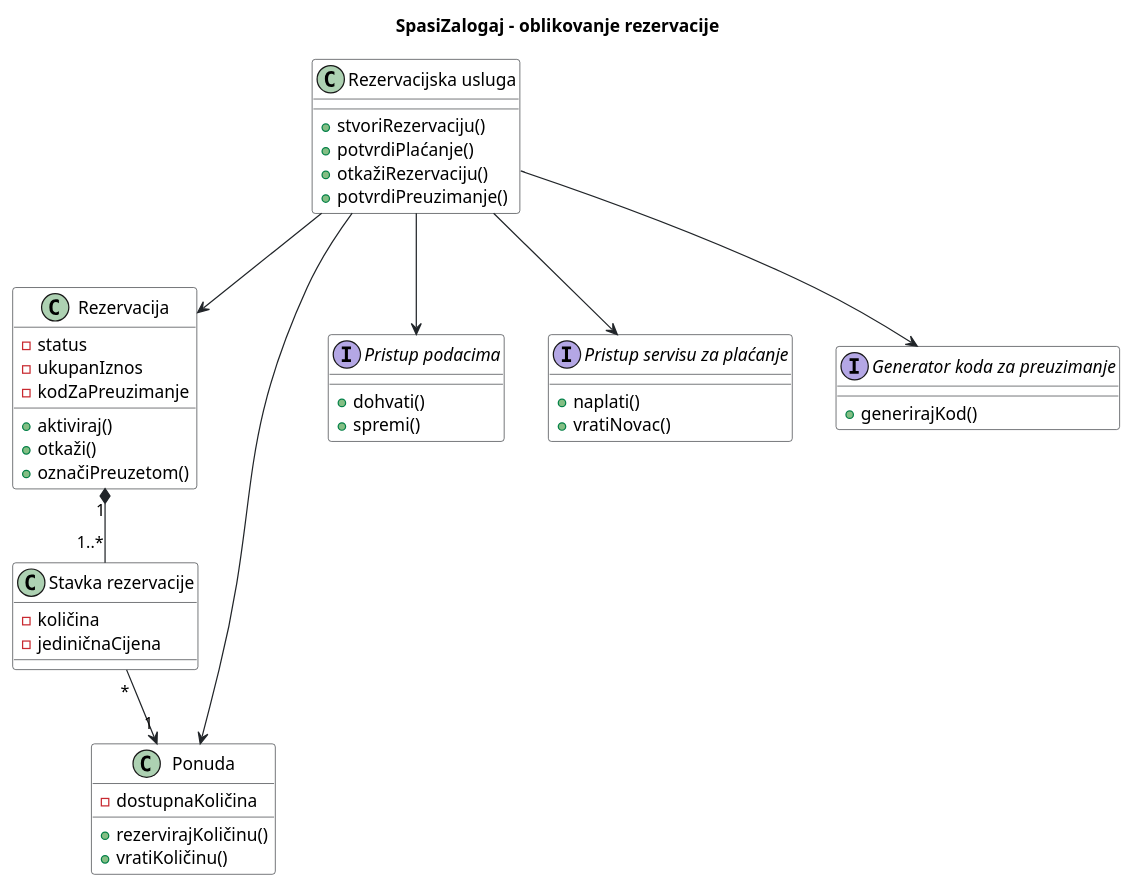
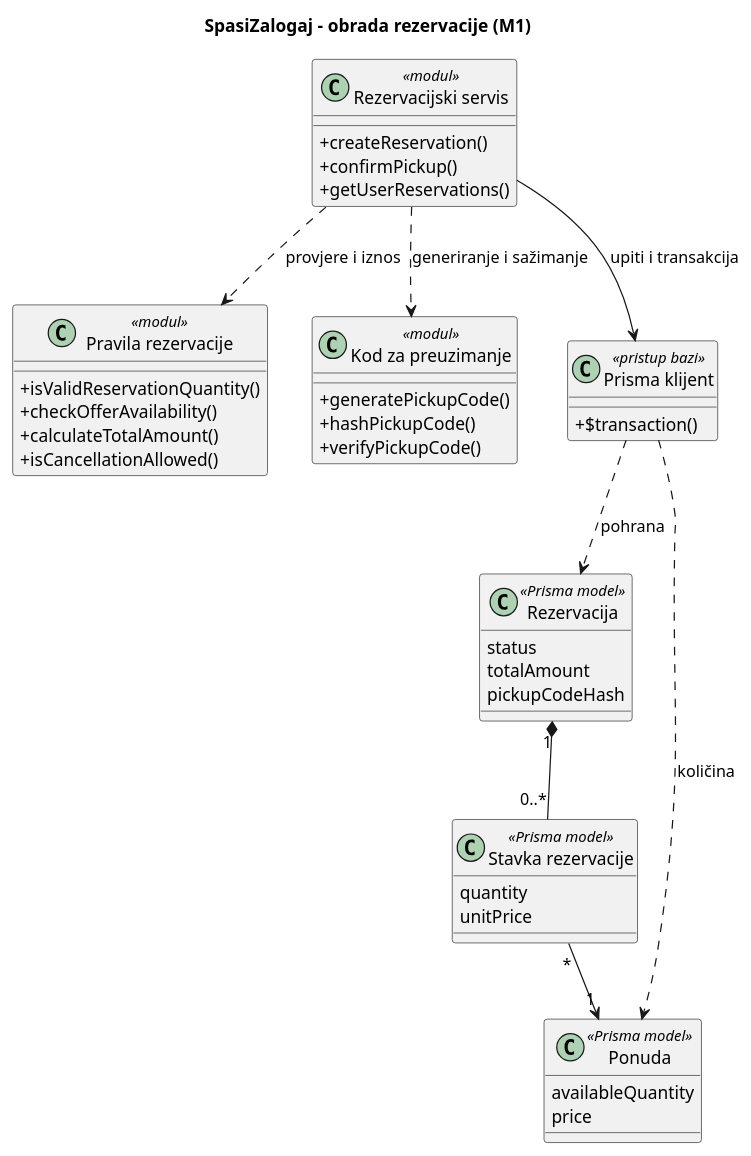
Before and after one commit to frenki1004/Menzory: the diagram in docs/puml/4-3-spasizalogaj-domain-CD.puml, drawn with PlantUML. The commit also changed other lines of this file and 2 other files, not shown here.

Commit message:
docs: uskladi model podataka i UML s M1 implementacijom

```diff
--- a/docs/puml/4-3-spasizalogaj-domain-CD.puml
+++ b/docs/puml/4-3-spasizalogaj-domain-CD.puml
@@ -12,66 +3,54 @@
 @startuml
-title SpasiZalogaj – oblikovanje rezervacije
+title SpasiZalogaj – obrada rezervacije (M1)
 top to bottom direction
-
 skinparam shadowing false
 skinparam defaultFontName Arial
-skinparam ArrowColor #212529
-skinparam class {
-    BackgroundColor #FFFFFF
-    BorderColor #212529
-}
-skinparam interface {
-    BackgroundColor #E7F5FF
-    BorderColor #1971C2
+skinparam classAttributeIconSize 0
+
+class "Rezervacijski servis" as Service <<modul>> {
+  +createReservation()
+  +confirmPickup()
+  +getUserReservations()
 }
 
-class "Rezervacijska usluga" as ReservationService {
-    +stvoriRezervaciju()
-    +potvrdiPlaćanje()
-    +otkažiRezervaciju()
-    +potvrdiPreuzimanje()
+class "Pravila rezervacije" as Rules <<modul>> {
+  +isValidReservationQuantity()
+  +checkOfferAvailability()
+  +calculateTotalAmount()
+  +isCancellationAllowed()
 }
 
-class "Rezervacija" as Reservation {
-    -status
-    -ukupanIznos
-    -kodZaPreuzimanje
-    +aktiviraj()
-    +otkaži()
-    +označiPreuzetom()
+class "Kod za preuzimanje" as Code <<modul>> {
+  +generatePickupCode()
+  +hashPickupCode()
+  +verifyPickupCode()
 }
 
-class "Stavka rezervacije" as ReservationItem {
-    -količina
-    -jediničnaCijena
+class "Prisma klijent" as Prisma <<pristup bazi>> {
+  +$transaction()
 }
 
-class "Ponuda" as Offer {
-    -dostupnaKoličina
-    +rezervirajKoličinu()
-    +vratiKoličinu()
+class "Rezervacija" as Reservation <<Prisma model>> {
+  status
+  totalAmount
+  pickupCodeHash
 }
 
-interface "Pristup podacima" as Repository {
-    +dohvati()
-    +spremi()
+class "Stavka rezervacije" as Item <<Prisma model>> {
+  quantity
+  unitPrice
 }
 
-interface "Pristup servisu za plaćanje" as PaymentGateway {
-    +naplati()
-    +vratiNovac()
+class "Ponuda" as Offer <<Prisma model>> {
+  availableQuantity
+  price
 }
 
-interface "Generator koda za preuzimanje" as PickupCodeGenerator {
-    +generirajKod()
-}
-
-Reservation "1" *-- "1..*" ReservationItem
-ReservationItem "*" --> "1" Offer
-
-ReservationService --> Reservation
-ReservationService --> Offer
-ReservationService --> Repository
-ReservationService --> PaymentGateway
-ReservationService --> PickupCodeGenerator
+Service ..> Rules : provjere i iznos
+Service ..> Code : generiranje i sažimanje
+Service --> Prisma : upiti i transakcija
+Prisma ..> Reservation : pohrana
+Prisma ..> Offer : količina
+Reservation "1" *-- "0..*" Item
+Item "*" --> "1" Offer
 @enduml
```
